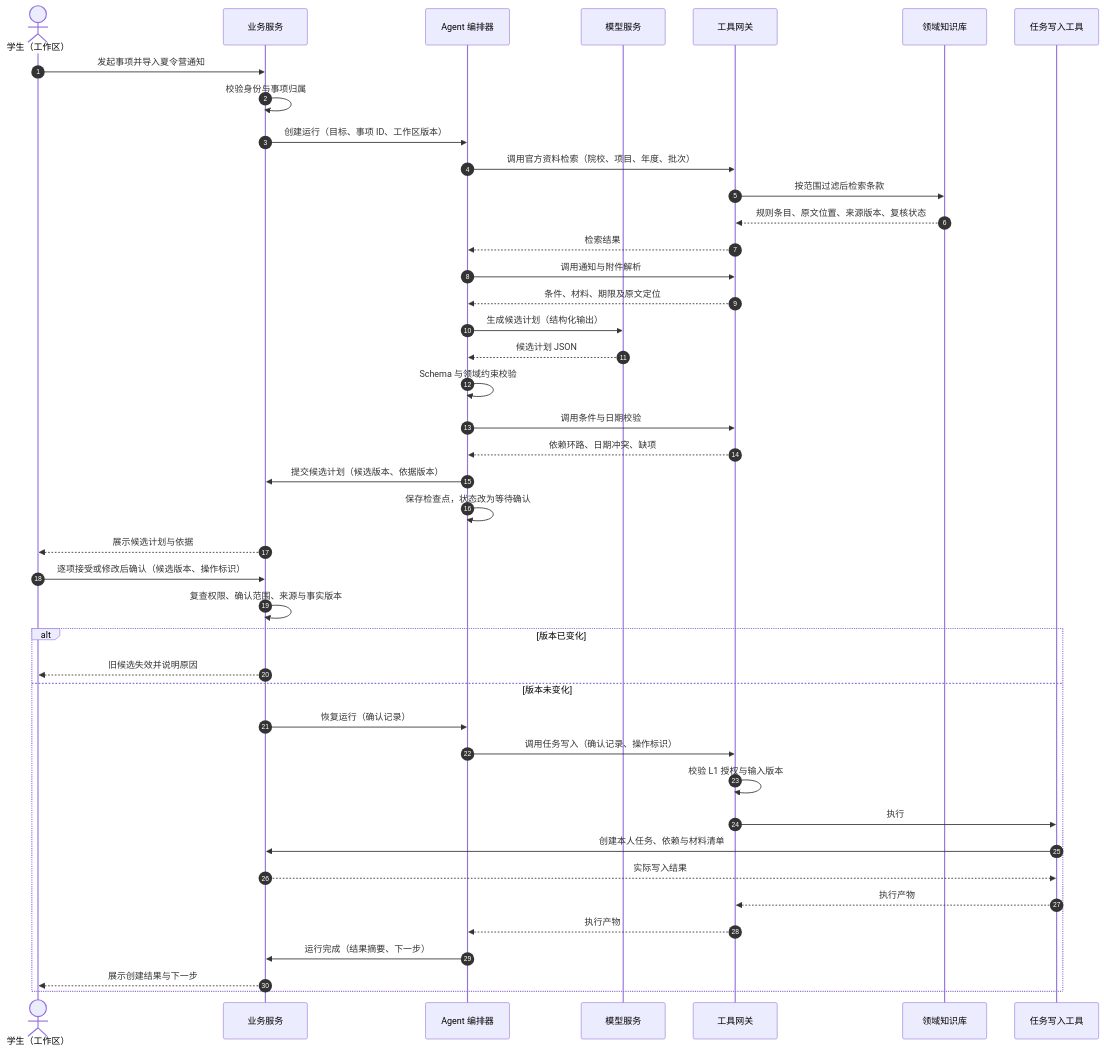
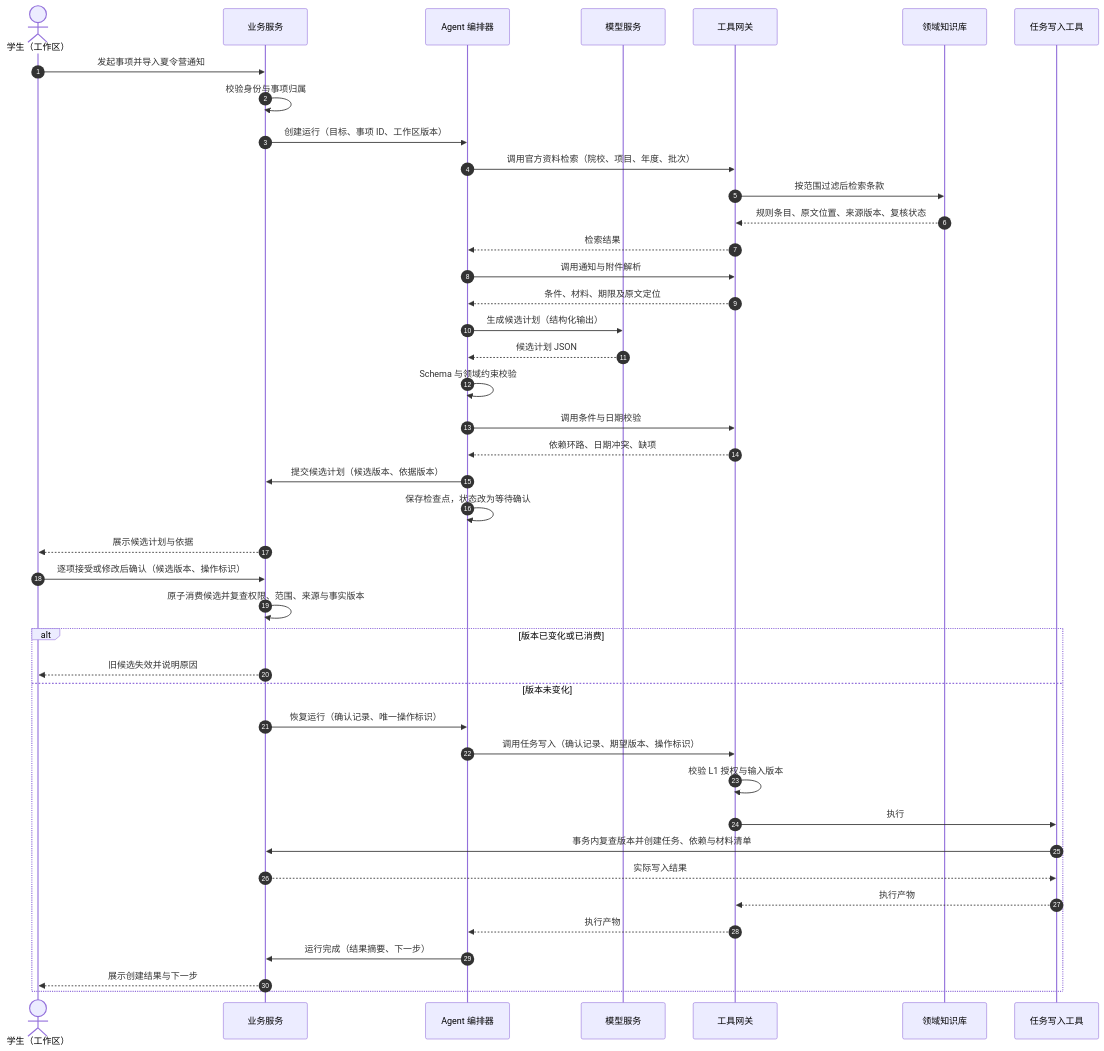
The diagram in docs/agent/diagrams/03_计划确认时序.mmd (LotteryCamp/OfferPilot), drawn with Mermaid before and after one commit. The commit also changed 4 other files, not shown here.

```diff
--- a/docs/agent/diagrams/03_计划确认时序.mmd
+++ b/docs/agent/diagrams/03_计划确认时序.mmd
@@ -1,43 +1,43 @@
 sequenceDiagram
     autonumber
     actor U as 学生（工作区）
     participant B as 业务服务
     participant O as Agent 编排器
     participant M as 模型服务
     participant G as 工具网关
     participant K as 领域知识库
     participant T as 任务写入工具
 
     U->>B: 发起事项并导入夏令营通知
     B->>B: 校验身份与事项归属
     B->>O: 创建运行（目标、事项 ID、工作区版本）
     O->>G: 调用官方资料检索（院校、项目、年度、批次）
     G->>K: 按范围过滤后检索条款
     K-->>G: 规则条目、原文位置、来源版本、复核状态
     G-->>O: 检索结果
     O->>G: 调用通知与附件解析
     G-->>O: 条件、材料、期限及原文定位
     O->>M: 生成候选计划（结构化输出）
     M-->>O: 候选计划 JSON
     O->>O: Schema 与领域约束校验
     O->>G: 调用条件与日期校验
     G-->>O: 依赖环路、日期冲突、缺项
     O->>B: 提交候选计划（候选版本、依据版本）
     O->>O: 保存检查点，状态改为等待确认
     B-->>U: 展示候选计划与依据
     U->>B: 逐项接受或修改后确认（候选版本、操作标识）
-    B->>B: 复查权限、确认范围、来源与事实版本
-    alt 版本已变化
+    B->>B: 原子消费候选并复查权限、范围、来源与事实版本
+    alt 版本已变化或已消费
         B-->>U: 旧候选失效并说明原因
     else 版本未变化
-        B->>O: 恢复运行（确认记录）
-        O->>G: 调用任务写入（确认记录、操作标识）
+        B->>O: 恢复运行（确认记录、唯一操作标识）
+        O->>G: 调用任务写入（确认记录、期望版本、操作标识）
         G->>G: 校验 L1 授权与输入版本
         G->>T: 执行
-        T->>B: 创建本人任务、依赖与材料清单
+        T->>B: 事务内复查版本并创建任务、依赖与材料清单
         B-->>T: 实际写入结果
         T-->>G: 执行产物
         G-->>O: 执行产物
         O->>B: 运行完成（结果摘要、下一步）
         B-->>U: 展示创建结果与下一步
     end
```
